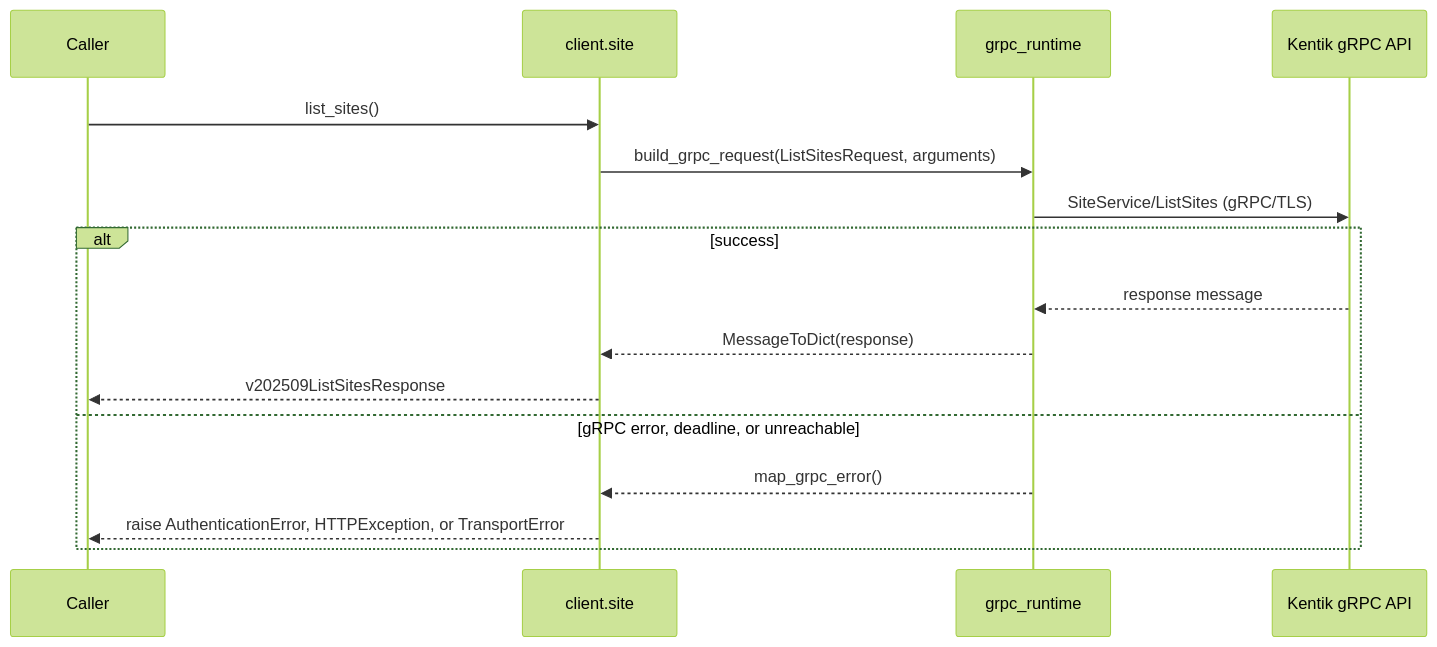
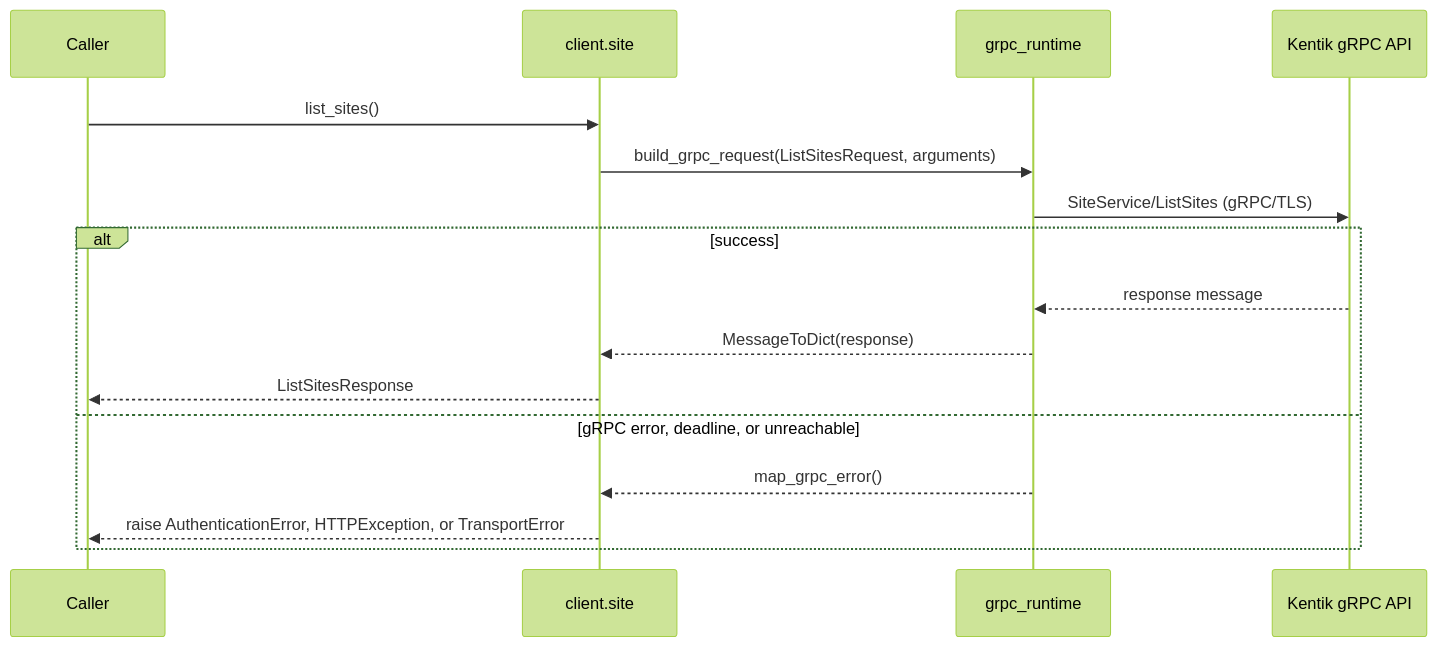
Diagram 13 of 22 in docs/sphinx/services/site.md (alexdearaujo/community_sdk_python), drawn with Mermaid (forest theme) before and after one commit. The commit also changed other lines of this file and 38 other files, not shown here.

````diff
--- a/docs/sphinx/services/site.md
+++ b/docs/sphinx/services/site.md
@@ -433,19 +433,19 @@
 ```mermaid
 sequenceDiagram
     participant C as Caller
     participant W as client.site
     participant R as grpc_runtime
     participant API as Kentik gRPC API
 
     C->>W: list_sites()
     W->>R: build_grpc_request(ListSitesRequest, arguments)
     R->>API: SiteService/ListSites (gRPC/TLS)
     alt success
         API-->>R: response message
         R-->>W: MessageToDict(response)
-        W-->>C: v202509ListSitesResponse
+        W-->>C: ListSitesResponse
     else gRPC error, deadline, or unreachable
         R-->>W: map_grpc_error()
         W-->>C: raise AuthenticationError, HTTPException, or TransportError
     end
 ```
````
